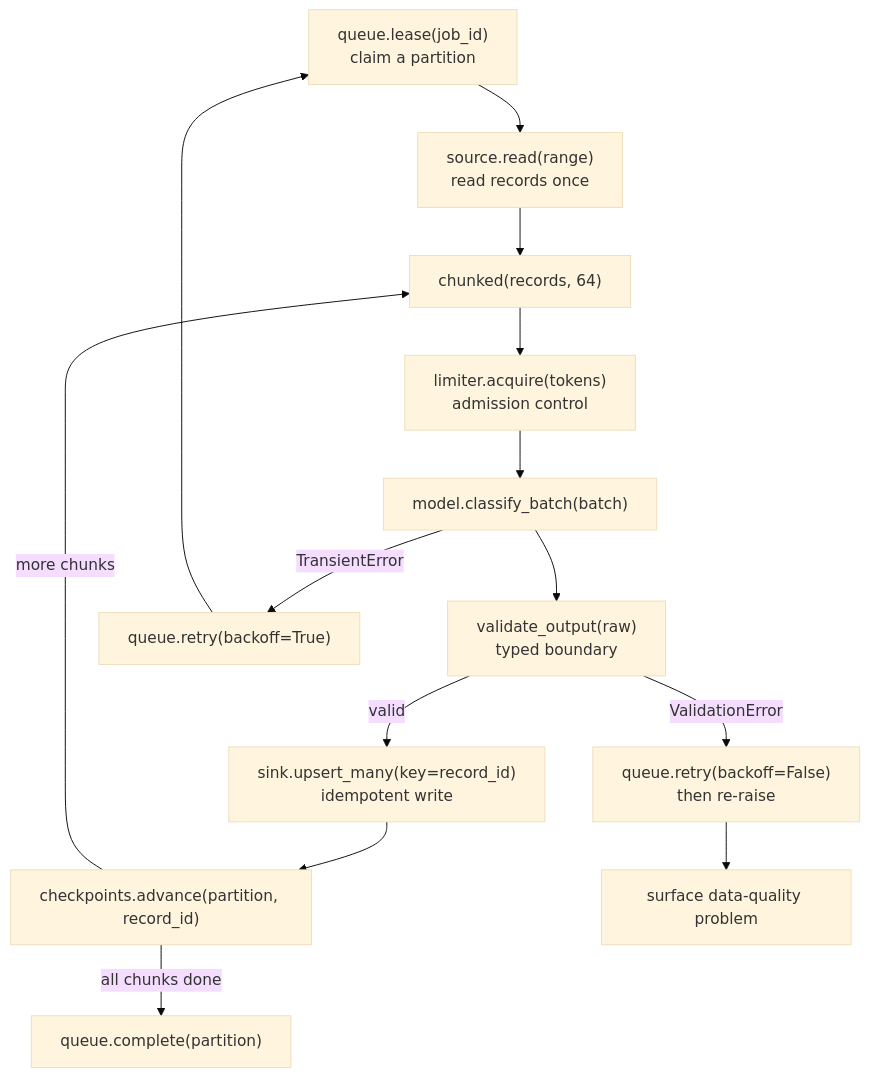
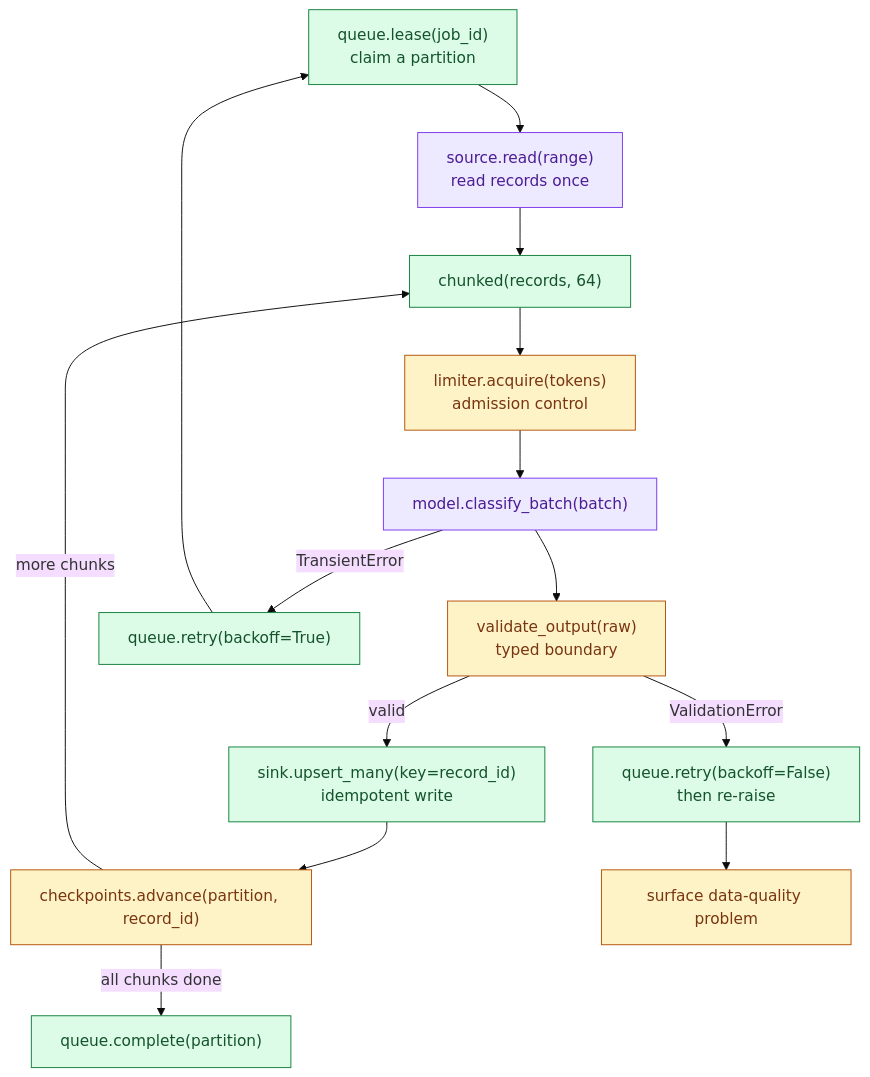
The fifth of 5 diagrams in site/content/modules/15-fde-case-studies/platforms-and-scale/high-volume-batch-pipeline/full-pack-part-2.md (Sourav692/Forward-Deployed-Engineer-Interview-Prep), drawn with Mermaid (base theme) before and after one commit. The commit also changed other lines of this file and 1268 other files, not shown here.

First line of the commit message:
content: polish Casebook writing and Mermaid diagrams (#251)

````diff
--- a/site/content/modules/15-fde-case-studies/platforms-and-scale/high-volume-batch-pipeline/full-pack-part-2.md
+++ b/site/content/modules/15-fde-case-studies/platforms-and-scale/high-volume-batch-pipeline/full-pack-part-2.md
@@ -159,16 +234,24 @@
 ```mermaid
 flowchart TD
     Lease["queue.lease(job_id)\nclaim a partition"] --> Read["source.read(range)\nread records once"]
     Read --> Chunk["chunked(records, 64)"]
     Chunk --> Acquire["limiter.acquire(tokens)\nadmission control"]
     Acquire --> Invoke["model.classify_batch(batch)"]
     Invoke --> Validate["validate_output(raw)\ntyped boundary"]
     Validate -->|"valid"| Upsert["sink.upsert_many(key=record_id)\nidempotent write"]
     Upsert --> Advance["checkpoints.advance(partition, record_id)"]
     Advance -->|"more chunks"| Chunk
     Advance -->|"all chunks done"| Complete["queue.complete(partition)"]
     Invoke -->|"TransientError"| RetryT["queue.retry(backoff=True)"]
     Validate -->|"ValidationError"| RetryV["queue.retry(backoff=False)\nthen re-raise"]
     RetryT --> Lease
     RetryV --> Fail["surface data-quality problem"]
+
+    %% Casebook colours: entry, reasoning, results, controls, and stopped paths.
+    classDef cbAction fill:#dcfce7,stroke:#15803d,color:#14532d
+    class Lease,Chunk,Upsert,Complete,RetryT,RetryV cbAction
+    classDef cbReason fill:#ede9fe,stroke:#7c3aed,color:#4c1d95
+    class Read,Invoke cbReason
+    classDef cbPolicy fill:#fef3c7,stroke:#b45309,color:#78350f
+    class Acquire,Validate,Advance,Fail cbPolicy
 ```
````
